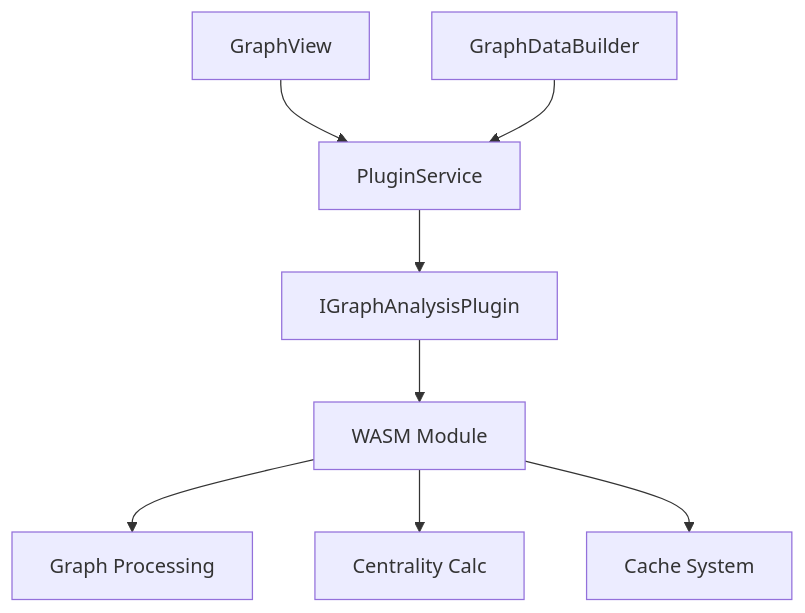
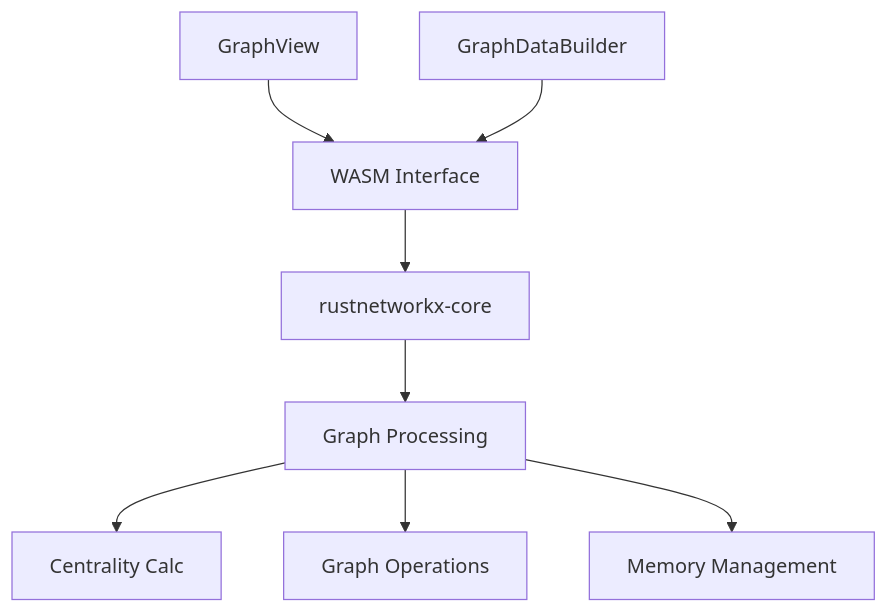
Before and after one commit to luolanaaTUD/obsidian-graph-analysis: the second of 2 diagrams in memory-bank/systemPatterns.md, drawn with Mermaid. The commit also changed other lines of this file and 7 other files, not shown here.

First line of the commit message:
refactor: streamline UI with integrated graph view and remove command palette entries

````diff
--- a/memory-bank/systemPatterns.md
+++ b/memory-bank/systemPatterns.md
@@ -54,10 +54,10 @@
 ```mermaid
 graph TD
-    A[GraphView] --> B[PluginService]
+    A[GraphView] --> B[WASM Interface]
     C[GraphDataBuilder] --> B
-    B --> D[IGraphAnalysisPlugin]
-    D --> E[WASM Module]
-    E --> F[Graph Processing]
-    E --> G[Centrality Calc]
-    E --> H[Cache System]
+    B --> D[rustnetworkx-core]
+    D --> E[Graph Processing]
+    E --> F[Centrality Calc]
+    E --> G[Graph Operations]
+    E --> H[Memory Management]
 ```
````
